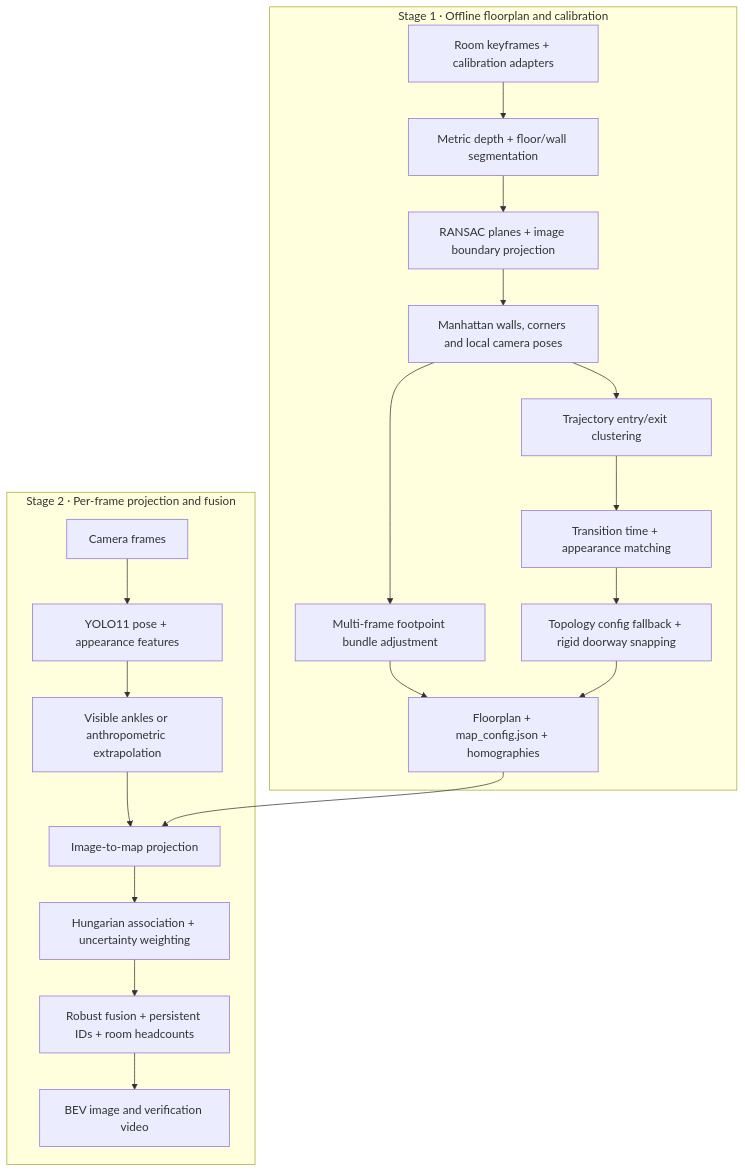
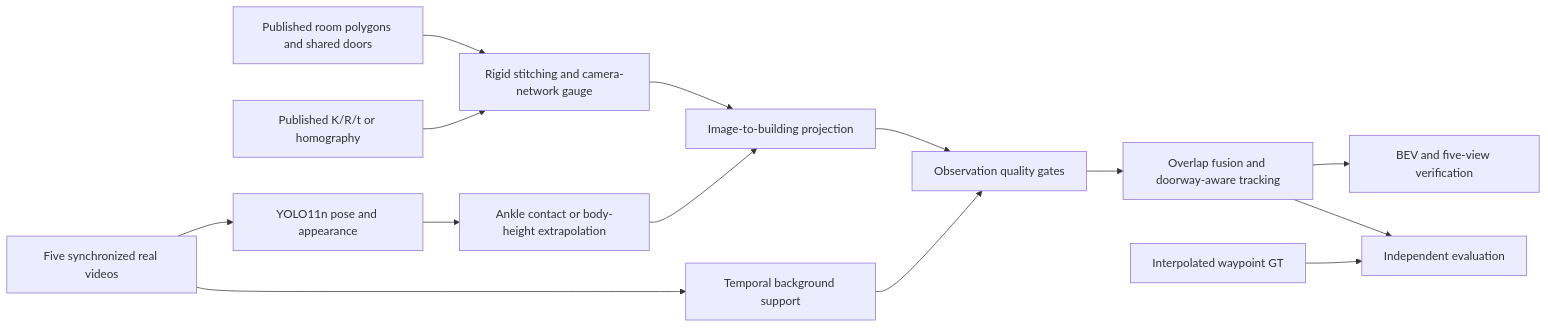
Before and after one commit to khangkaka066/multicam-2d-floorplan-tracker: the diagram in README.md, drawn with Mermaid. The commit also changed other lines of this file and 27 other files, not shown here.

Commit message:
Add real CITIC multi-room benchmark and wall-clipped camera rendering

````diff
--- a/README.md
+++ b/README.md
@@ -28,23 +64,16 @@
 ```mermaid
-flowchart TD
-    subgraph Offline["Stage 1 · Offline floorplan and calibration"]
-        A["Room keyframes + calibration adapters"] --> B["Metric depth + floor/wall segmentation"]
-        B --> C["RANSAC planes + image boundary projection"]
-        C --> D["Manhattan walls, corners and local camera poses"]
-        D --> E["Multi-frame footpoint bundle adjustment"]
-        E --> F["Floorplan + map_config.json + homographies"]
-        D --> G["Trajectory entry/exit clustering"]
-        G --> T["Transition time + appearance matching"]
-        T --> U["Topology config fallback + rigid doorway snapping"]
-        U --> F
-    end
-    subgraph Online["Stage 2 · Per-frame projection and fusion"]
-        H["Camera frames"] --> I["YOLO11 pose + appearance features"]
-        I --> J["Visible ankles or anthropometric extrapolation"]
-        J --> K["Image-to-map projection"]
-        F --> K
-        K --> L["Hungarian association + uncertainty weighting"]
-        L --> M["Robust fusion + persistent IDs + room headcounts"]
-        M --> N["BEV image and verification video"]
-    end
+flowchart LR
+    A[Published room polygons and shared doors] --> B[Rigid stitching and camera-network gauge]
+    C[Published K/R/t or homography] --> B
+    D[Five synchronized real videos] --> E[YOLO11n pose and appearance]
+    E --> F[Ankle contact or body-height extrapolation]
+    F --> G[Image-to-building projection]
+    B --> G
+    D --> H[Temporal background support]
+    H --> I[Observation quality gates]
+    G --> I
+    I --> J[Overlap fusion and doorway-aware tracking]
+    J --> K[BEV and five-view verification]
+    L[Interpolated waypoint GT] --> M[Independent evaluation]
+    J --> M
 ```
````
